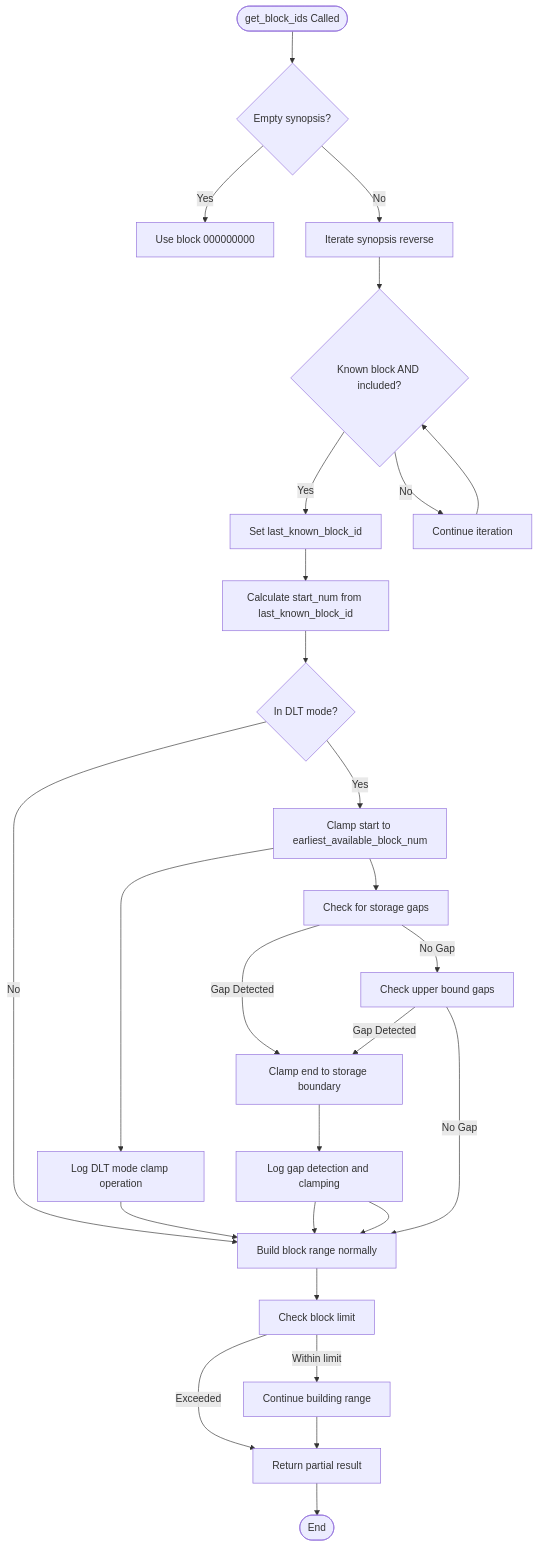
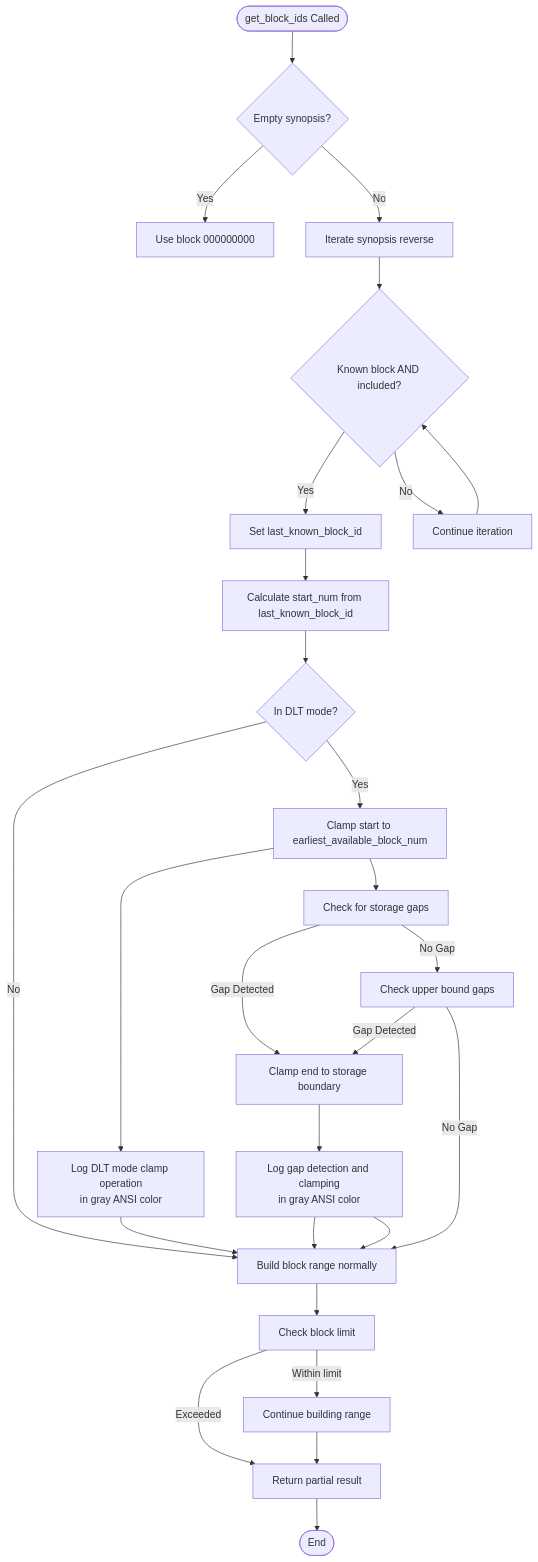
Before and after one commit to VIZ-Blockchain/viz-cpp-node: the eighth of 36 diagrams in .qoder/repowiki/en/content/P2p Plugin.md, drawn with Mermaid. The commit also changed other lines of this file and 3 other files, not shown here.

````diff
--- a/.qoder/repowiki/en/content/P2p Plugin.md
+++ b/.qoder/repowiki/en/content/P2p Plugin.md
@@ -417,29 +430,29 @@
 ```mermaid
 flowchart TD
 Start([get_block_ids Called]) --> CheckSynopsis{"Empty synopsis?"}
 CheckSynopsis --> |Yes| UseZero["Use block 000000000"]
 CheckSynopsis --> |No| IterateSyn["Iterate synopsis reverse"]
 IterateSyn --> CheckKnown{"Known block AND included?"}
 CheckKnown --> |Yes| FoundBlock["Set last_known_block_id"]
 CheckKnown --> |No| ContinueLoop["Continue iteration"]
 ContinueLoop --> CheckKnown
 FoundBlock --> CalcStart["Calculate start_num from last_known_block_id"]
 CalcStart --> CheckDLT{"In DLT mode?"}
 CheckDLT --> |No| BuildRange["Build block range normally"]
 CheckDLT --> |Yes| ClampStart["Clamp start to earliest_available_block_num"]
-ClampStart --> LogClamp["Log DLT mode clamp operation"]
+ClampStart --> LogClamp["Log DLT mode clamp operation<br/>in gray ANSI color"]
 ClampStart --> CheckStorageGaps["Check for storage gaps"]
 CheckStorageGaps --> |Gap Detected| ClampEnd["Clamp end to storage boundary"]
 CheckStorageGaps --> |No Gap| CheckUpperBound["Check upper bound gaps"]
 CheckUpperBound --> |Gap Detected| ClampEnd
 CheckUpperBound --> |No Gap| BuildRange
-ClampEnd --> LogGap["Log gap detection and clamping"]
+ClampEnd --> LogGap["Log gap detection and clamping<br/>in gray ANSI color"]
 LogGap --> BuildRange
 BuildRange --> CheckLimit["Check block limit"]
 CheckLimit --> |Exceeded| ReturnResult["Return partial result"]
 CheckLimit --> |Within limit| ContinueBuild["Continue building range"]
 ContinueBuild --> ReturnResult
 ReturnResult --> End([End])
 LogClamp --> BuildRange
 LogGap --> BuildRange
 ```
````
